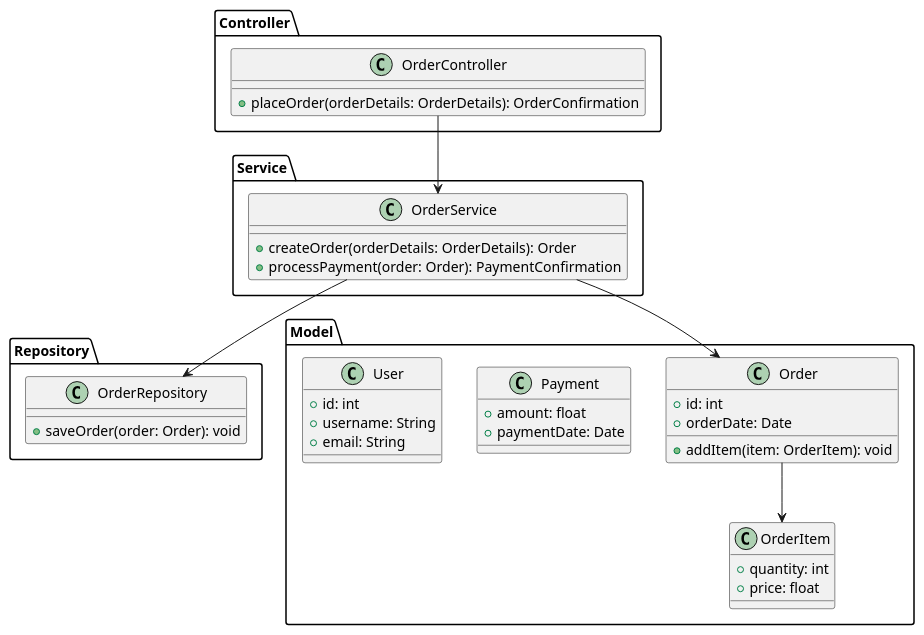
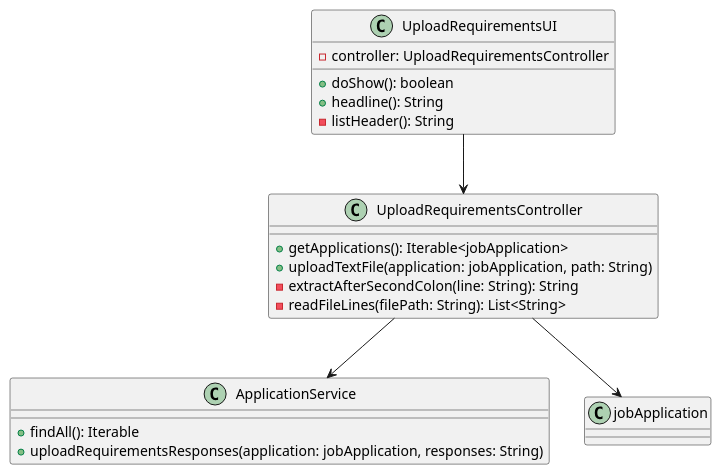
One commit to Mendoncaa/LAPR4 changed the diagram in docs/sprintC/US2004/03.design/puml/CD.puml. Above: the diagram before and after it, drawn with PlantUML. The commit also changed 9 other files, not shown here.

```diff
--- a/docs/sprintC/US2004/03.design/puml/CD.puml
+++ b/docs/sprintC/US2004/03.design/puml/CD.puml
@@ -1,49 +1,37 @@
-@startuml ClassDiagram
-package Controller {
-    class OrderController {
-        +placeOrder(orderDetails: OrderDetails): OrderConfirmation
-    }
-}
+@startuml
 
-package Service {
-    class OrderService {
-        +createOrder(orderDetails: OrderDetails): Order
-        +processPayment(order: Order): PaymentConfirmation
-    }
-}
 
-package Repository {
-    class OrderRepository {
-        +saveOrder(order: Order): void
-    }
-}
-
-package Model {
-    class Order {
-        +id: int
-        +orderDate: Date
-        +addItem(item: OrderItem): void
+    class UploadRequirementsController {
+        + getApplications(): Iterable<jobApplication>
+        + uploadTextFile(application: jobApplication, path: String)
+        - extractAfterSecondColon(line: String): String
+        - readFileLines(filePath: String): List<String>
     }
 
-    class OrderItem {
-        +quantity: int
-        +price: float
+
+
+    class UploadRequirementsUI {
+        - controller: UploadRequirementsController
+        + doShow(): boolean
+        + headline(): String
+        - listHeader(): String
     }
 
-    class Payment {
-        +amount: float
-        +paymentDate: Date
+
+
+    class ApplicationService {
+        + findAll(): Iterable
+        + uploadRequirementsResponses(application: jobApplication, responses: String)
     }
 
-    class User {
-        +id: int
-        +username: String
-        +email: String
-    }
-}
 
-OrderController --> OrderService
-OrderService --> OrderRepository
-OrderService --> Order
-Order --> OrderItem
+
+    class jobApplication
+
+
+UploadRequirementsUI --> UploadRequirementsController
+UploadRequirementsController --> ApplicationService
+UploadRequirementsController --> jobApplication
+
+
 @enduml
```
